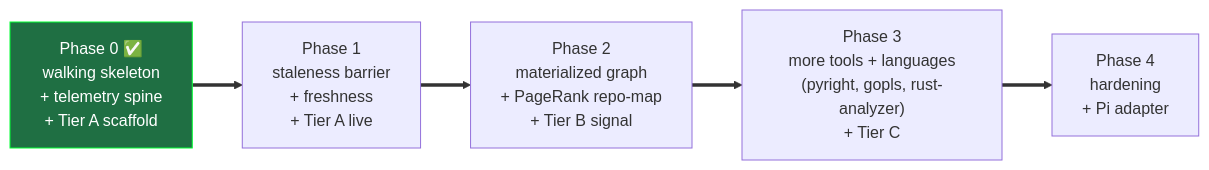
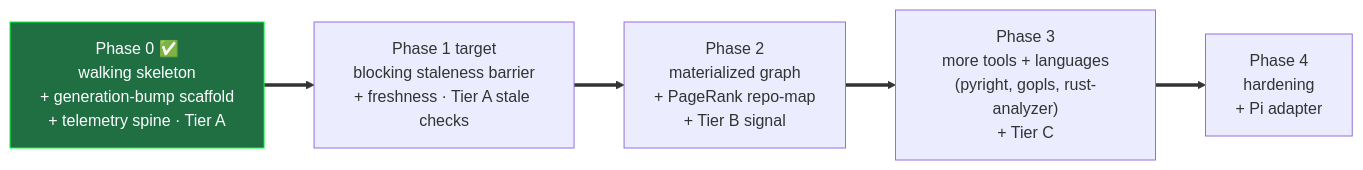
The fifth of 6 diagrams in ARCHITECTURE.md (skflowne/portolan), drawn with Mermaid before and after one commit. The commit also changed other lines of this file and 2 other files, not shown here.

Commit message:
Clarify current edit-sync scaffold status

````diff
--- a/ARCHITECTURE.md
+++ b/ARCHITECTURE.md
@@ -239,13 +245,13 @@
 ```mermaid
 flowchart LR
-    P0["Phase 0 ✅<br/>walking skeleton<br/>+ telemetry spine<br/>+ Tier A scaffold"]
-    P1["Phase 1<br/>staleness barrier<br/>+ freshness<br/>+ Tier A live"]
+    P0["Phase 0 ✅<br/>walking skeleton<br/>+ generation-bump scaffold<br/>+ telemetry spine · Tier A"]
+    P1["Phase 1 target<br/>blocking staleness barrier<br/>+ freshness · Tier A stale checks"]
     P2["Phase 2<br/>materialized graph<br/>+ PageRank repo-map<br/>+ Tier B signal"]
     P3["Phase 3<br/>more tools + languages<br/>(pyright, gopls, rust-analyzer)<br/>+ Tier C"]
     P4["Phase 4<br/>hardening<br/>+ Pi adapter"]
 
     P0 ==> P1 ==> P2 ==> P3 ==> P4
 
     classDef done fill:#1f6f43,stroke:#0f3,color:#fff;
     class P0 done;
 ```
````
